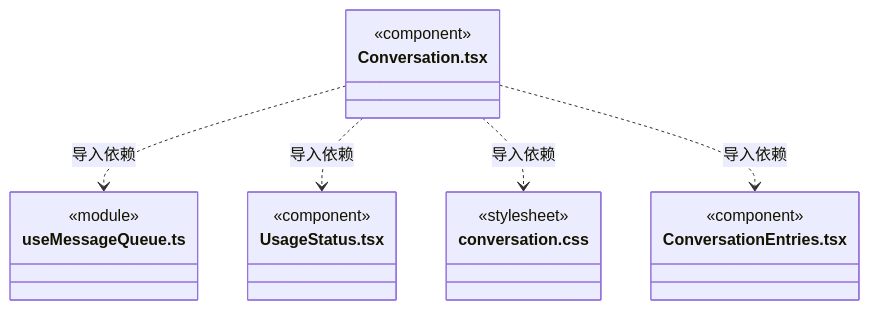
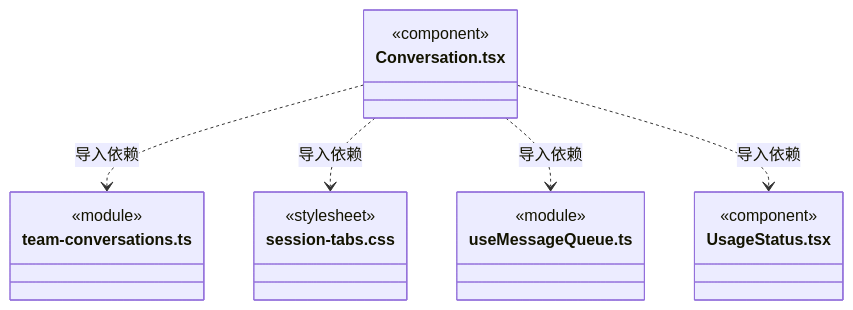
One commit to nan023062/cbim changed diagram 41 of 50 in src/view/conversation/ARCHITECTURE.md. Above: the diagram before and after it, drawn with Mermaid. The commit also changed other lines of this file and 24 other files, not shown here.

````diff
--- a/src/view/conversation/ARCHITECTURE.md
+++ b/src/view/conversation/ARCHITECTURE.md
@@ -542,22 +586,22 @@
 ```mermaid
 classDiagram
 class N_src_view_conversation_Conversation_tsx["Conversation.tsx"] {
   <<component>>
+}
+class N_src_view_conversation_team_conversations_ts["team-conversations.ts"] {
+  <<module>>
+}
+class N_src_view_conversation_session_tabs_css["session-tabs.css"] {
+  <<stylesheet>>
 }
 class N_src_view_conversation_useMessageQueue_ts["useMessageQueue.ts"] {
   <<module>>
 }
 class N_src_view_conversation_UsageStatus_tsx["UsageStatus.tsx"] {
   <<component>>
 }
-class N_src_view_conversation_conversation_css["conversation.css"] {
-  <<stylesheet>>
-}
-class N_src_view_conversation_ConversationEntries_tsx["ConversationEntries.tsx"] {
-  <<component>>
-}
+N_src_view_conversation_Conversation_tsx ..> N_src_view_conversation_team_conversations_ts : 导入依赖
+N_src_view_conversation_Conversation_tsx ..> N_src_view_conversation_session_tabs_css : 导入依赖
 N_src_view_conversation_Conversation_tsx ..> N_src_view_conversation_useMessageQueue_ts : 导入依赖
 N_src_view_conversation_Conversation_tsx ..> N_src_view_conversation_UsageStatus_tsx : 导入依赖
-N_src_view_conversation_Conversation_tsx ..> N_src_view_conversation_conversation_css : 导入依赖
-N_src_view_conversation_Conversation_tsx ..> N_src_view_conversation_ConversationEntries_tsx : 导入依赖
 ```
````
